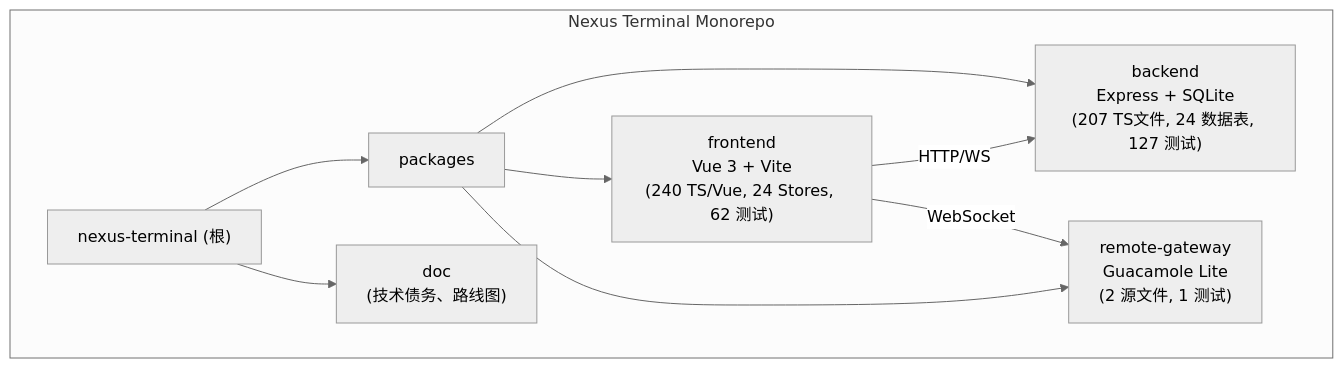
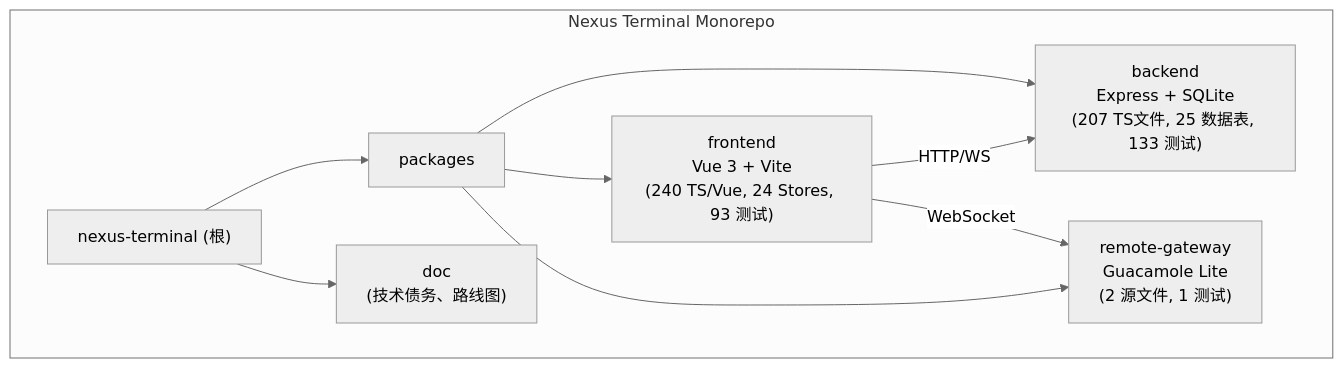
One commit to louis99941/nexus-terminal changed the first of 2 diagrams in CLAUDE.md. Above: the diagram before and after it, drawn with Mermaid (neutral theme). The commit also changed other lines of this file and 5 other files, not shown here.

````diff
--- a/CLAUDE.md
+++ b/CLAUDE.md
@@ -38,12 +38,12 @@
 ```mermaid
 graph TD
     subgraph "Nexus Terminal Monorepo"
         A["nexus-terminal (根)"] --> B["packages"]
-        B --> C["backend<br/>Express + SQLite<br/>(207 TS文件, 24 数据表, 127 测试)"]
-        B --> D["frontend<br/>Vue 3 + Vite<br/>(240 TS/Vue, 24 Stores, 62 测试)"]
+        B --> C["backend<br/>Express + SQLite<br/>(207 TS文件, 25 数据表, 133 测试)"]
+        B --> D["frontend<br/>Vue 3 + Vite<br/>(240 TS/Vue, 24 Stores, 93 测试)"]
         B --> E["remote-gateway<br/>Guacamole Lite<br/>(2 源文件, 1 测试)"]
         A --> F["doc<br/>(技术债务、路线图)"]
     end
     D -- "HTTP/WS" --> C
     D -- "WebSocket" --> E
 ```
````
